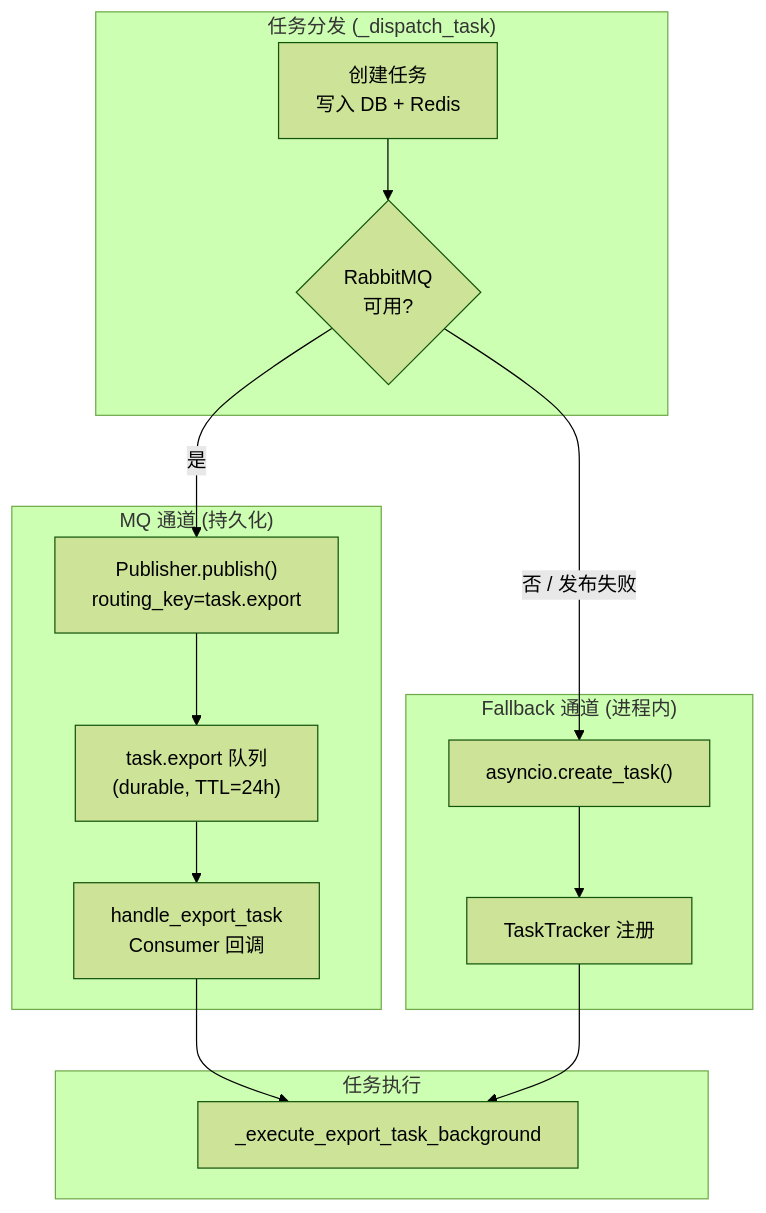
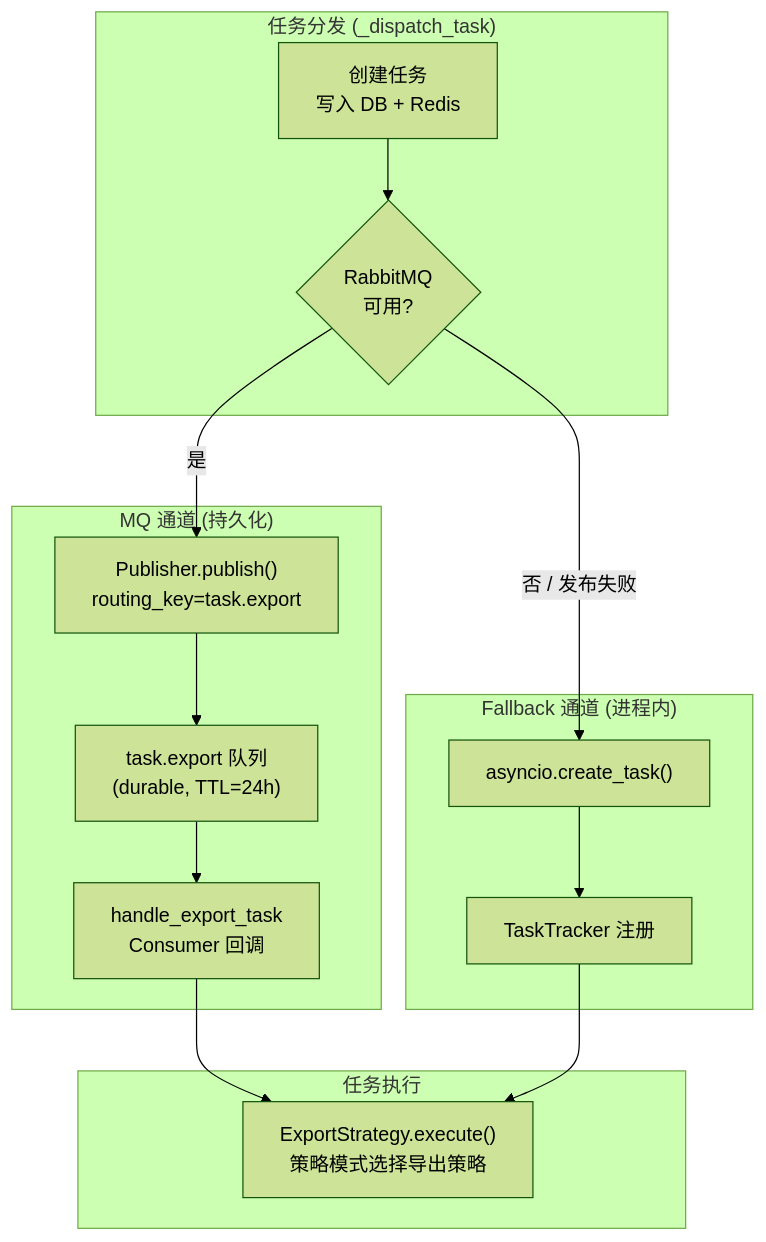
Before and after one commit to earthy-zinc/dehaze-system: the eighth of 15 diagrams in dehaze-doc/docs/02-系统架构/08-后端基础设施设计(Python).md, drawn with Mermaid (forest theme). The commit also changed other lines of this file and 10 other files, not shown here.

````diff
--- a/dehaze-doc/docs/02-系统架构/08-后端基础设施设计(Python).md
+++ b/dehaze-doc/docs/02-系统架构/08-后端基础设施设计(Python).md
@@ -577,26 +737,26 @@
 ```mermaid
 flowchart TB
     subgraph Dispatch["任务分发 (_dispatch_task)"]
         Create["创建任务<br/>写入 DB + Redis"]
         Check{"RabbitMQ<br/>可用?"}
     end
 
     subgraph MQPath["MQ 通道 (持久化)"]
         Publish["Publisher.publish()<br/>routing_key=task.export"]
         Queue["task.export 队列<br/>(durable, TTL=24h)"]
         Handler["handle_export_task<br/>Consumer 回调"]
     end
 
     subgraph FallbackPath["Fallback 通道 (进程内)"]
         AsyncTask["asyncio.create_task()"]
         Tracker["TaskTracker 注册"]
     end
 
     subgraph Execute["任务执行"]
-        Background["_execute_export_task_background"]
+        Strategy["ExportStrategy.execute()<br/>策略模式选择导出策略"]
     end
 
     Create --> Check
-    Check -->|"是"| Publish --> Queue --> Handler --> Background
-    Check -->|"否 / 发布失败"| AsyncTask --> Tracker --> Background
+    Check -->|"是"| Publish --> Queue --> Handler --> Strategy
+    Check -->|"否 / 发布失败"| AsyncTask --> Tracker --> Strategy
 ```
````
